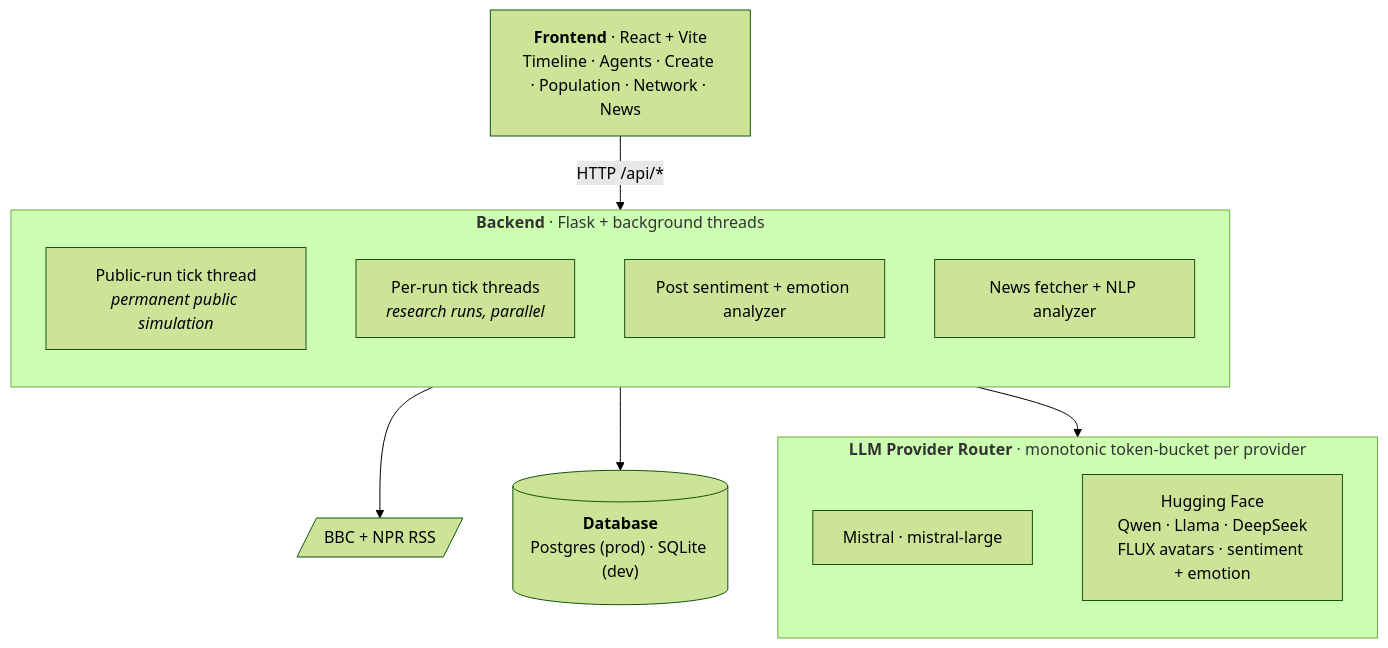
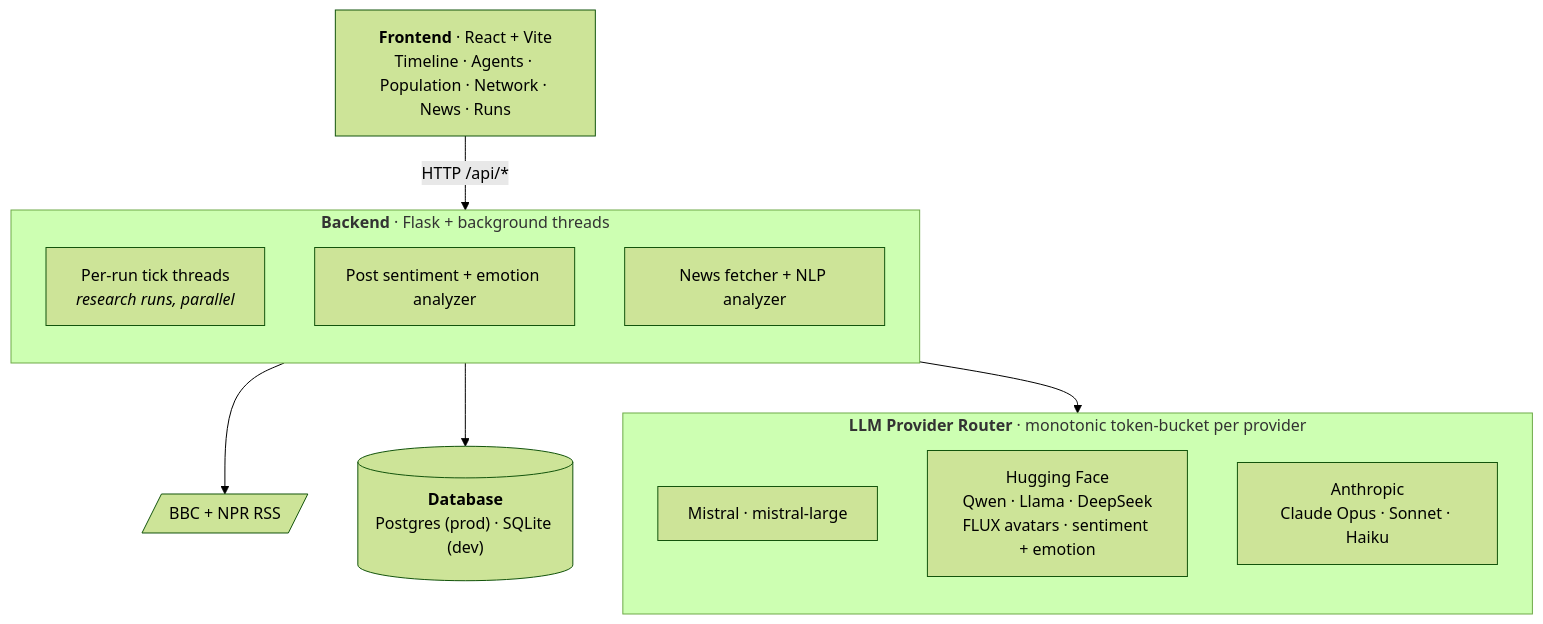
One commit to alice-does-coding/synthetic-personality-lab changed the first of 2 diagrams in README.md. Above: the diagram before and after it, drawn with Mermaid (forest theme). The commit also changed other lines of this file and 16 other files, not shown here.

First line of the commit message:
Lab-only: remove public sim, point Social at the research-run picker

````diff
--- a/README.md
+++ b/README.md
@@ -44,26 +44,26 @@
 ```mermaid
 flowchart TD
-    FE["<b>Frontend</b> · React + Vite<br/>Timeline · Agents · Create · Population · Network · News"]
+    FE["<b>Frontend</b> · React + Vite<br/>Timeline · Agents · Population · Network · News · Runs"]
 
     subgraph BE["<b>Backend</b> · Flask + background threads"]
         direction TB
-        PUB["Public-run tick thread<br/><i>permanent public simulation</i>"]
         RUN["Per-run tick threads<br/><i>research runs, parallel</i>"]
         NLP["Post sentiment + emotion analyzer"]
         NEWS["News fetcher + NLP analyzer"]
     end
 
     DB[("<b>Database</b><br/>Postgres (prod) · SQLite (dev)")]
     RSS[/"BBC + NPR RSS"/]
 
     subgraph ROUTER["<b>LLM Provider Router</b> · monotonic token-bucket per provider"]
         direction TB
         MISTRAL["Mistral · mistral-large"]
         HF["Hugging Face<br/>Qwen · Llama · DeepSeek<br/>FLUX avatars · sentiment + emotion"]
+        ANTH["Anthropic<br/>Claude Opus · Sonnet · Haiku"]
     end
 
     FE -->|"HTTP /api/*"| BE
     BE --> DB
     NEWS --> RSS
     BE --> ROUTER
 ```
````
